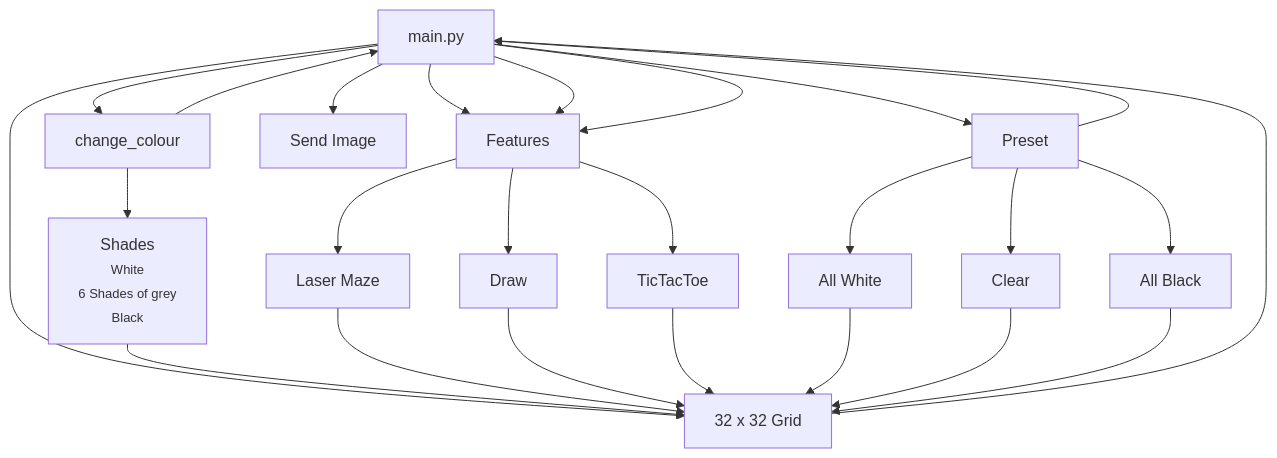
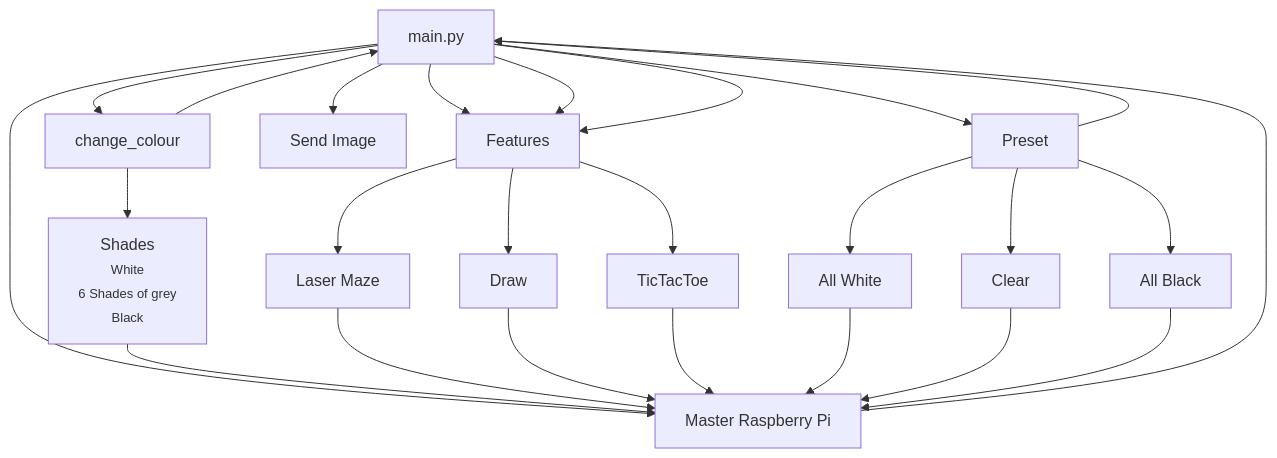
The second of 3 diagrams in README.md (E1leenn/finalchallenge), drawn with Mermaid before and after one commit. The commit also changed other lines of this file, not shown here.

````diff
--- a/README.md
+++ b/README.md
@@ -49,24 +49,24 @@
 ```mermaid
 graph TD
 A[main.py] --> C[change_colour]
 C --> A
 C --> I[<font size = 3>Shades<br><font size=2>White<br>6 Shades of grey<br>Black]
-A --> B[32 x 32 Grid]
+A --> B[Master Raspberry Pi]
 I --> B
 A --> D[Preset]
 D --> A
 D --> E[All White]
 D --> F[All Black]
 D --> G[Clear]
 A --> J[Send Image]
 A--> K[Features] --> L[TicTacToe]
 A--> K --> M[Draw]
 A --> K --> N[Laser Maze]
 N --> B
 M --> B
 L --> B
 E --> B
 G --> B
 F --> B
 B --> A
 ```
````
